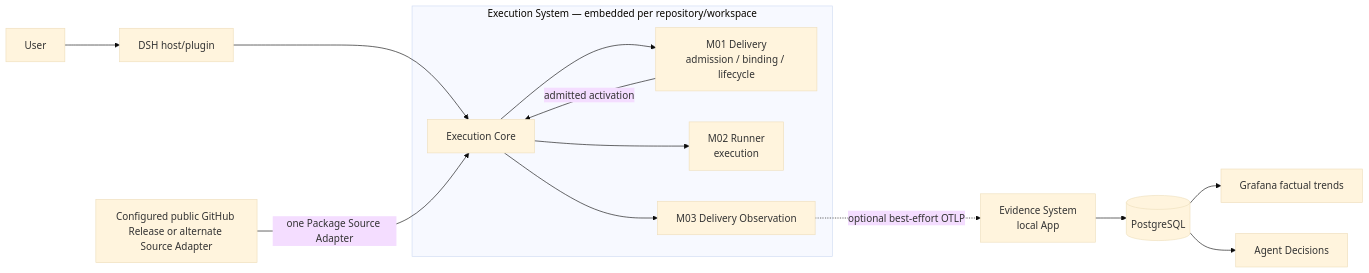
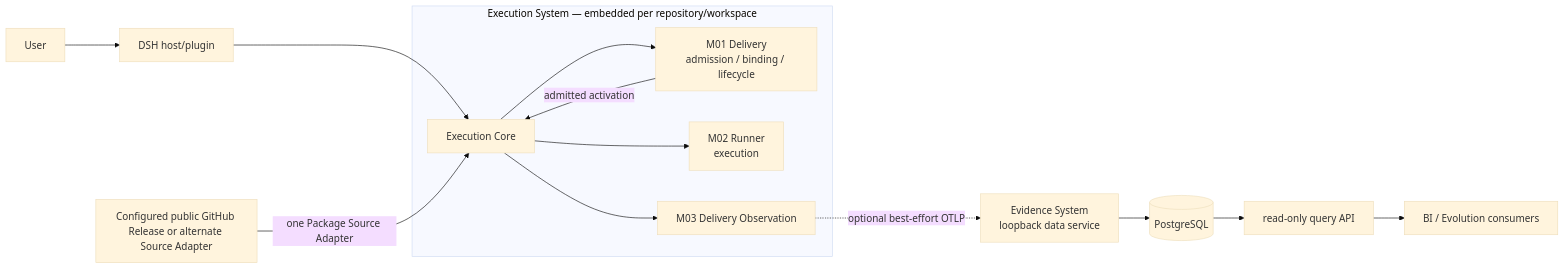
The diagram in docs/agent-architecture.md (firestige/workflow-self-recursive), drawn with Mermaid (base theme) before and after one commit. The commit also changed other lines of this file and 3 other files, not shown here.

Commit message:
docs(evidence): align design to data-service target

````diff
--- a/docs/agent-architecture.md
+++ b/docs/agent-architecture.md
@@ -45,16 +45,16 @@
 ```mermaid
 flowchart LR
     U["User"] --> H["DSH host/plugin"]
     subgraph X["Execution System — embedded per repository/workspace"]
       Core["Execution Core"] --> D["M01 Delivery<br/>admission / binding / lifecycle"]
       D -->|"admitted activation"| Core
       Core --> R["M02 Runner<br/>execution"]
       Core --> O["M03 Delivery Observation"]
     end
     H --> Core
     S["Configured public GitHub Release or alternate Source Adapter"] -->|"one Package Source Adapter"| Core
-    O -. "optional best-effort OTLP" .-> E["Evidence System<br/>local App"]
+    O -. "optional best-effort OTLP" .-> E["Evidence System<br/>loopback data service"]
     E --> P[("PostgreSQL")]
-    P --> G["Grafana factual trends"]
-    P --> A["Agent Decisions"]
+    P --> Q["read-only query API"]
+    Q --> B["BI / Evolution consumers"]
 ```
````
